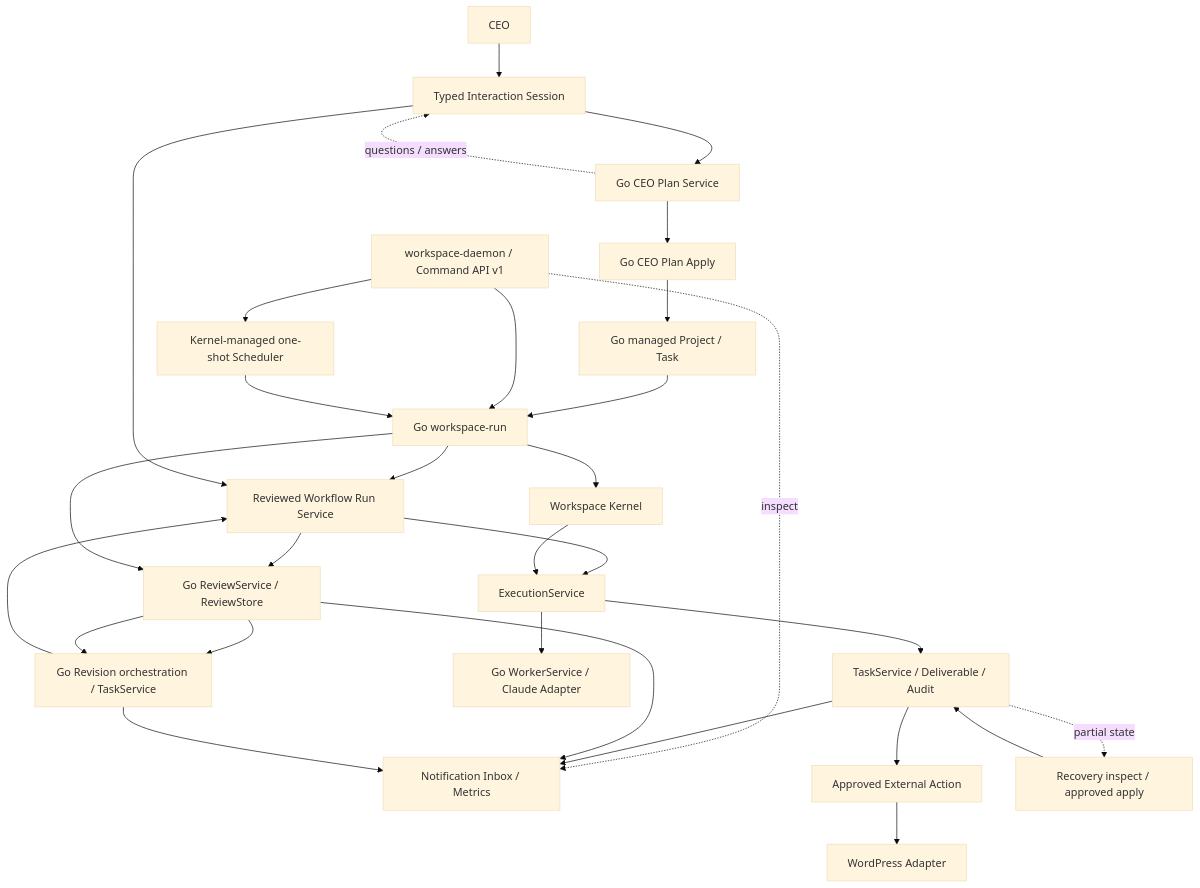
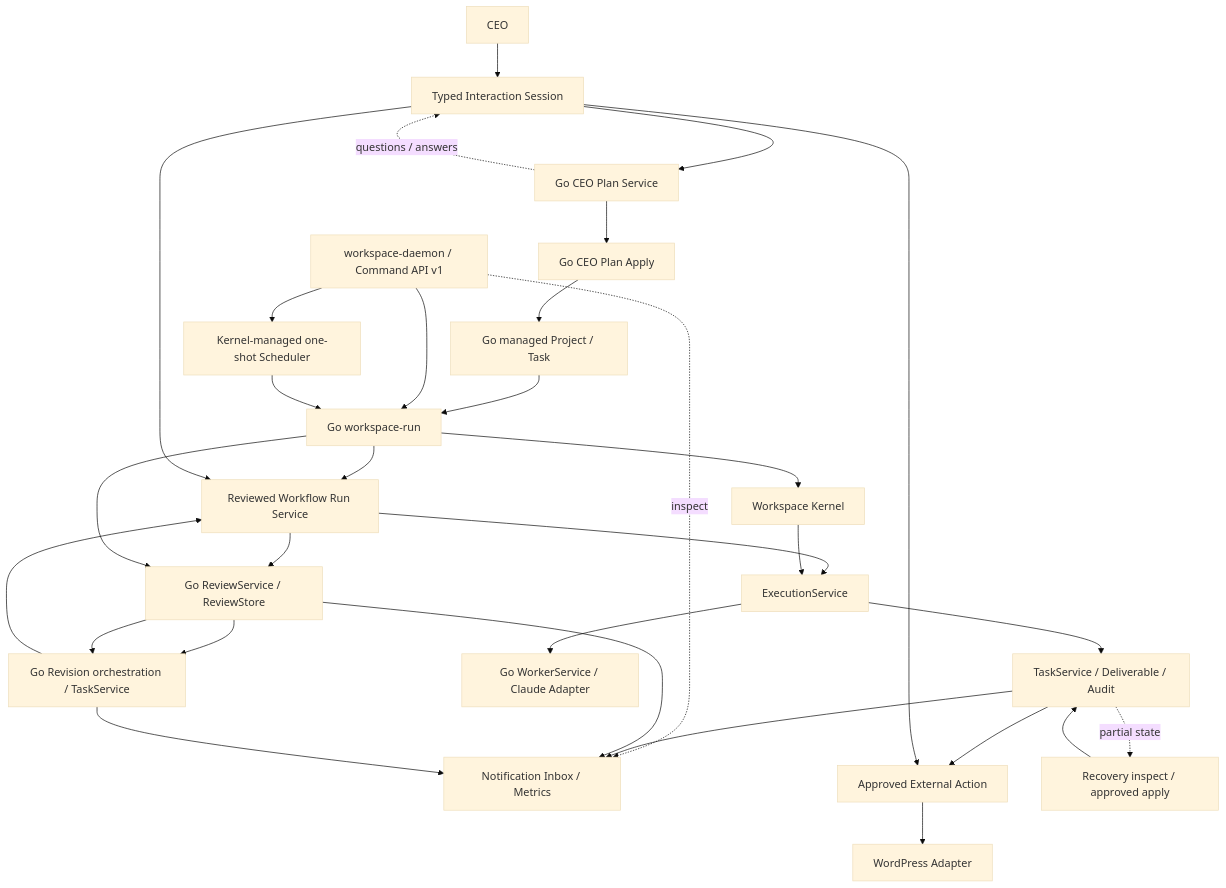
One commit to AkiraShimizu0/WorkCairn changed the diagram in docs/Architecture.md. Above: the diagram before and after it, drawn with Mermaid (base theme). The commit also changed other lines of this file and 23 other files, not shown here.

Commit message:
feat: add interaction external action handoff

````diff
--- a/docs/Architecture.md
+++ b/docs/Architecture.md
@@ -9,32 +9,33 @@
 ```mermaid
 flowchart TD
     CEO["CEO"] --> Interaction["Typed Interaction Session"]
     Interaction --> Plan["Go CEO Plan Service"]
     Plan -. questions / answers .-> Interaction
     Plan --> Apply["Go CEO Plan Apply"]
     Apply --> Workflow["Go managed Project / Task"]
     Workflow --> Run["Go workspace-run"]
     API["workspace-daemon / Command API v1"] --> Run
     API --> Scheduler["Kernel-managed one-shot Scheduler"]
     Scheduler --> Run
     API -. inspect .-> Observe["Notification Inbox / Metrics"]
     Run --> WorkflowRun["Reviewed Workflow Run Service"]
     Interaction --> WorkflowRun
     WorkflowRun --> Execution
     WorkflowRun --> Review
     Review --> Revision
     Revision --> WorkflowRun
     Run --> Kernel["Workspace Kernel"]
     Kernel --> Execution["ExecutionService"]
     Execution --> GoWorker["Go WorkerService / Claude Adapter"]
     Execution --> Task["TaskService / Deliverable / Audit"]
     Task --> Action["Approved External Action"]
+    Interaction --> Action
     Action --> WordPress["WordPress Adapter"]
     Task --> Observe
     Review --> Observe
     Revision --> Observe
     Task -. partial state .-> Recovery["Recovery inspect / approved apply"]
     Recovery --> Task
     Run --> Review["Go ReviewService / ReviewStore"]
     Review --> Revision["Go Revision orchestration / TaskService"]
 ```
````
